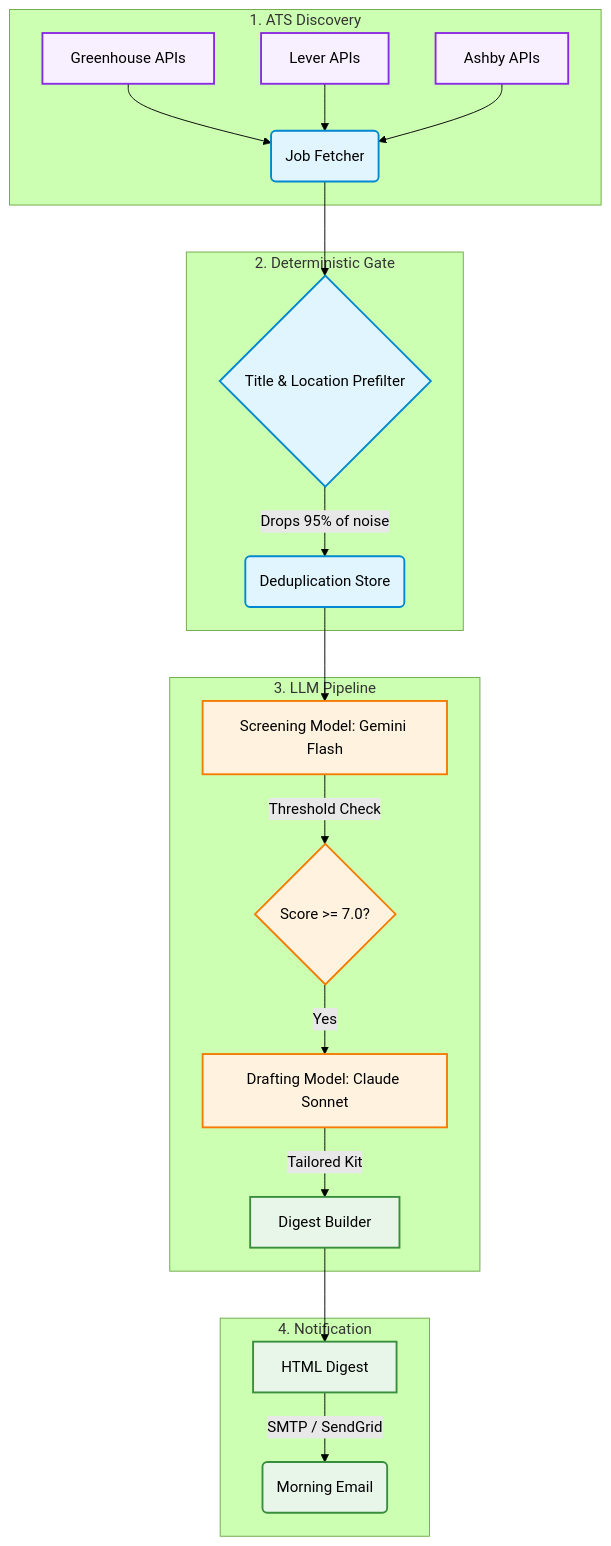
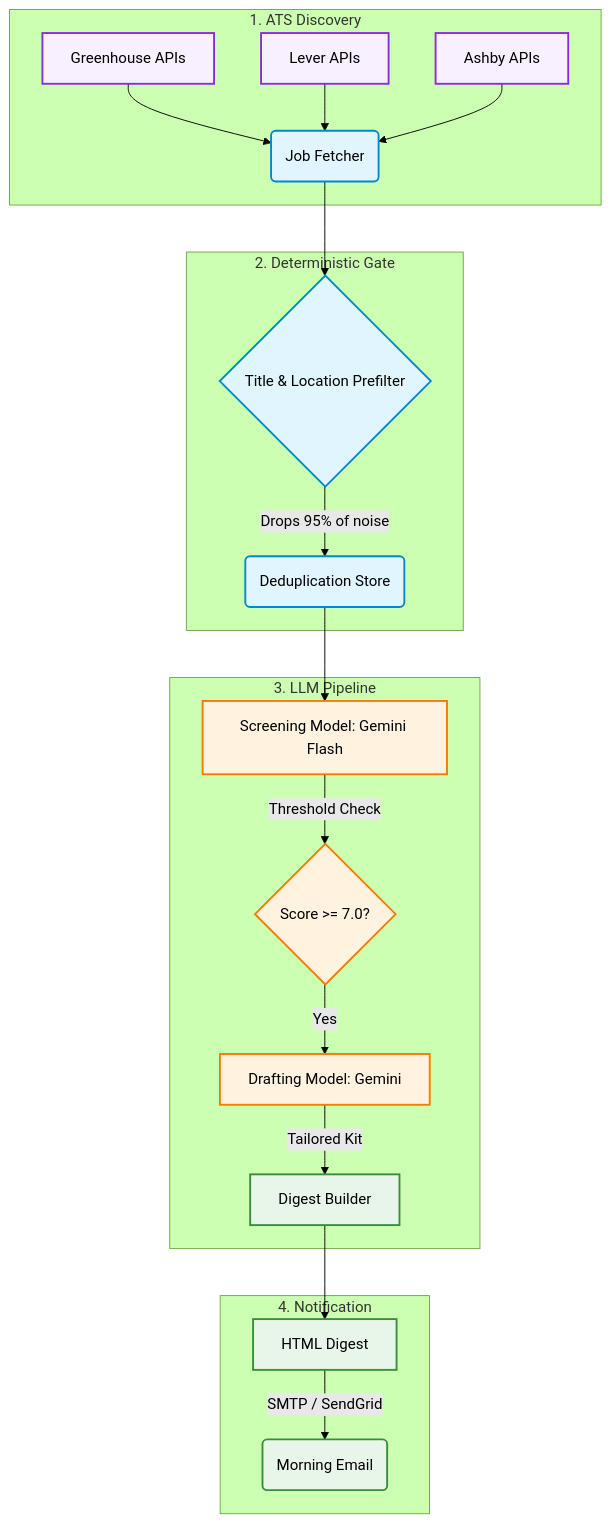
One commit to Shashank17singh/JobHunt changed the diagram in README.md. Above: the diagram before and after it, drawn with Mermaid (forest theme). The commit also changed other lines of this file and 6 other files, not shown here.

Commit message:
chore: remove claude/anthropic from codebase, keep only gemini

````diff
--- a/README.md
+++ b/README.md
@@ -26,35 +25,35 @@
 ```mermaid
 graph TD
     subgraph "1. ATS Discovery"
     A[Greenhouse APIs] --> D(Job Fetcher)
     B[Lever APIs] --> D
     C[Ashby APIs] --> D
     end
     
     subgraph "2. Deterministic Gate"
     D --> E{Title & Location Prefilter}
     E -->|Drops 95% of noise| F(Deduplication Store)
     end
     
     subgraph "3. LLM Pipeline"
     F --> G[Screening Model: Gemini Flash]
     G -->|Threshold Check| H{Score >= 7.0?}
-    H -->|Yes| I[Drafting Model: Claude Sonnet]
+    H -->|Yes| I[Drafting Model: Gemini]
     I -->|Tailored Kit| J[Digest Builder]
     end
     
     subgraph "4. Notification"
     J --> K[HTML Digest]
     K -->|SMTP / SendGrid| L(Morning Email)
     end
     
     classDef source fill:#f9f0ff,stroke:#8a2be2,stroke-width:2px,color:#000;
     classDef core fill:#e1f5fe,stroke:#0288d1,stroke-width:2px,color:#000;
     classDef llm fill:#fff3e0,stroke:#f57c00,stroke-width:2px,color:#000;
     classDef ui fill:#e8f5e9,stroke:#388e3c,stroke-width:2px,color:#000;
     
     class A,B,C source;
     class D,E,F core;
     class G,H,I llm;
     class J,K,L ui;
 ```
````
